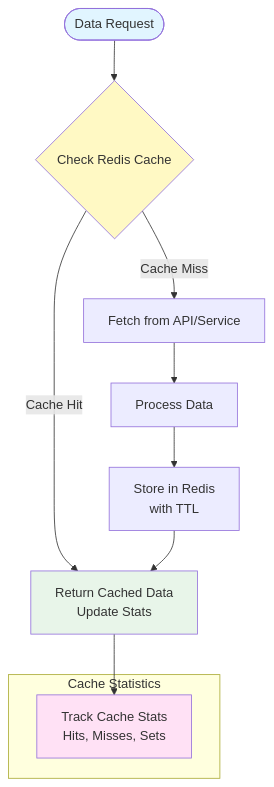
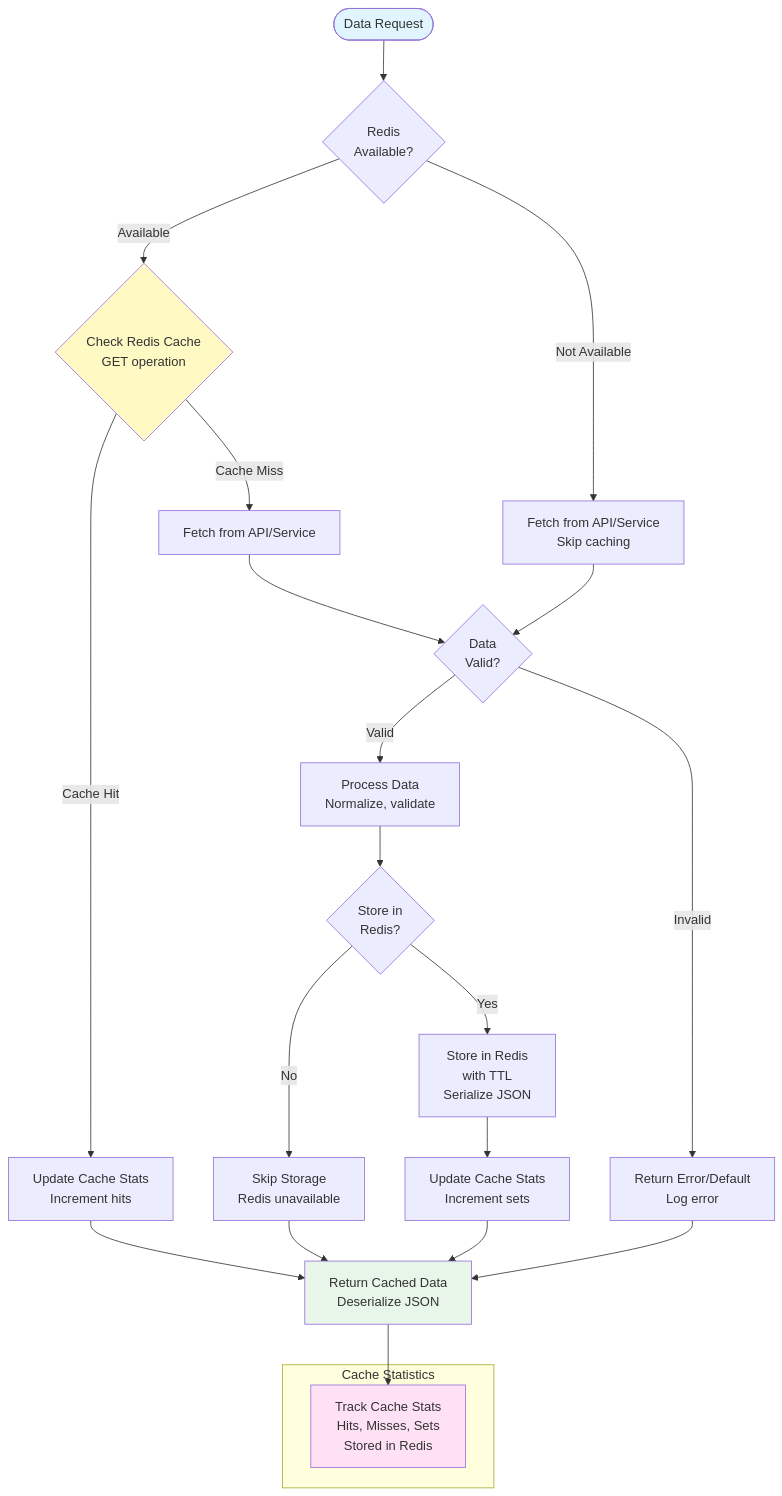
Before and after one commit to anandDev77/stock-sentiment-analysis: diagram 25 of 29 in docs/diagrams/mermaid_diagrams_source.md, drawn with Mermaid. The commit also changed other lines of this file and 49 other files, not shown here.

Commit message:
diagrams updated

````diff
--- a/docs/diagrams/mermaid_diagrams_source.md
+++ b/docs/diagrams/mermaid_diagrams_source.md
@@ -1280,23 +1511,39 @@
 ```mermaid
 flowchart TD
-    START([Data Request]) --> CHECK{Check Redis Cache}
+    START([Data Request]) --> CHECK_REDIS{Redis<br/>Available?}
     
-    CHECK -->|Cache Hit| RETURN[Return Cached Data<br/>Update Stats]
+    CHECK_REDIS -->|Not Available| FETCH_DIRECT[Fetch from API/Service<br/>Skip caching]
+    CHECK_REDIS -->|Available| CHECK{Check Redis Cache<br/>GET operation}
+    
+    CHECK -->|Cache Hit| UPDATE_STATS_HIT[Update Cache Stats<br/>Increment hits]
     CHECK -->|Cache Miss| FETCH[Fetch from API/Service]
     
-    FETCH --> PROCESS[Process Data]
-    PROCESS --> STORE[Store in Redis<br/>with TTL]
+    UPDATE_STATS_HIT --> RETURN[Return Cached Data<br/>Deserialize JSON]
     
-    STORE --> RETURN
+    FETCH --> VALIDATE_DATA{Data<br/>Valid?}
+    FETCH_DIRECT --> VALIDATE_DATA
+    
+    VALIDATE_DATA -->|Invalid| ERROR_RETURN[Return Error/Default<br/>Log error]
+    VALIDATE_DATA -->|Valid| PROCESS[Process Data<br/>Normalize, validate]
+    
+    PROCESS --> STORE{Store in<br/>Redis?}
+    
+    STORE -->|Yes| STORE_CACHE[Store in Redis<br/>with TTL<br/>Serialize JSON]
+    STORE -->|No| SKIP_STORE[Skip Storage<br/>Redis unavailable]
+    
+    STORE_CACHE --> UPDATE_STATS_SET[Update Cache Stats<br/>Increment sets]
+    SKIP_STORE --> RETURN
+    UPDATE_STATS_SET --> RETURN
+    ERROR_RETURN --> RETURN
     
     subgraph "Cache Statistics"
-        STATS[Track Cache Stats<br/>Hits, Misses, Sets]
+        STATS[Track Cache Stats<br/>Hits, Misses, Sets<br/>Stored in Redis]
     end
     
     RETURN --> STATS
     
     style START fill:#e1f5ff
     style CHECK fill:#fff9c4
     style RETURN fill:#e8f5e9
     style STATS fill:#ffe1f5
 ```
````
